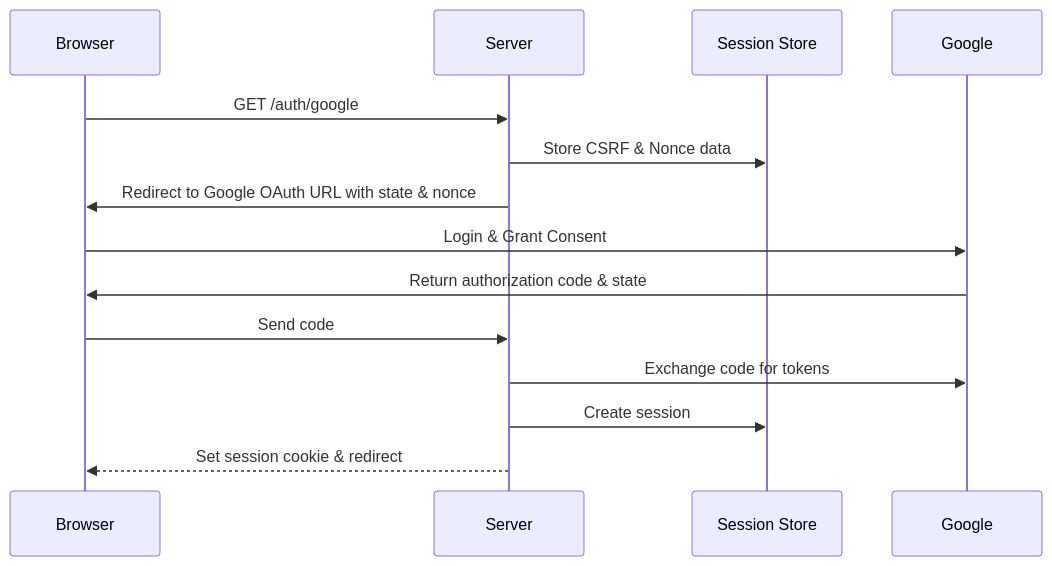
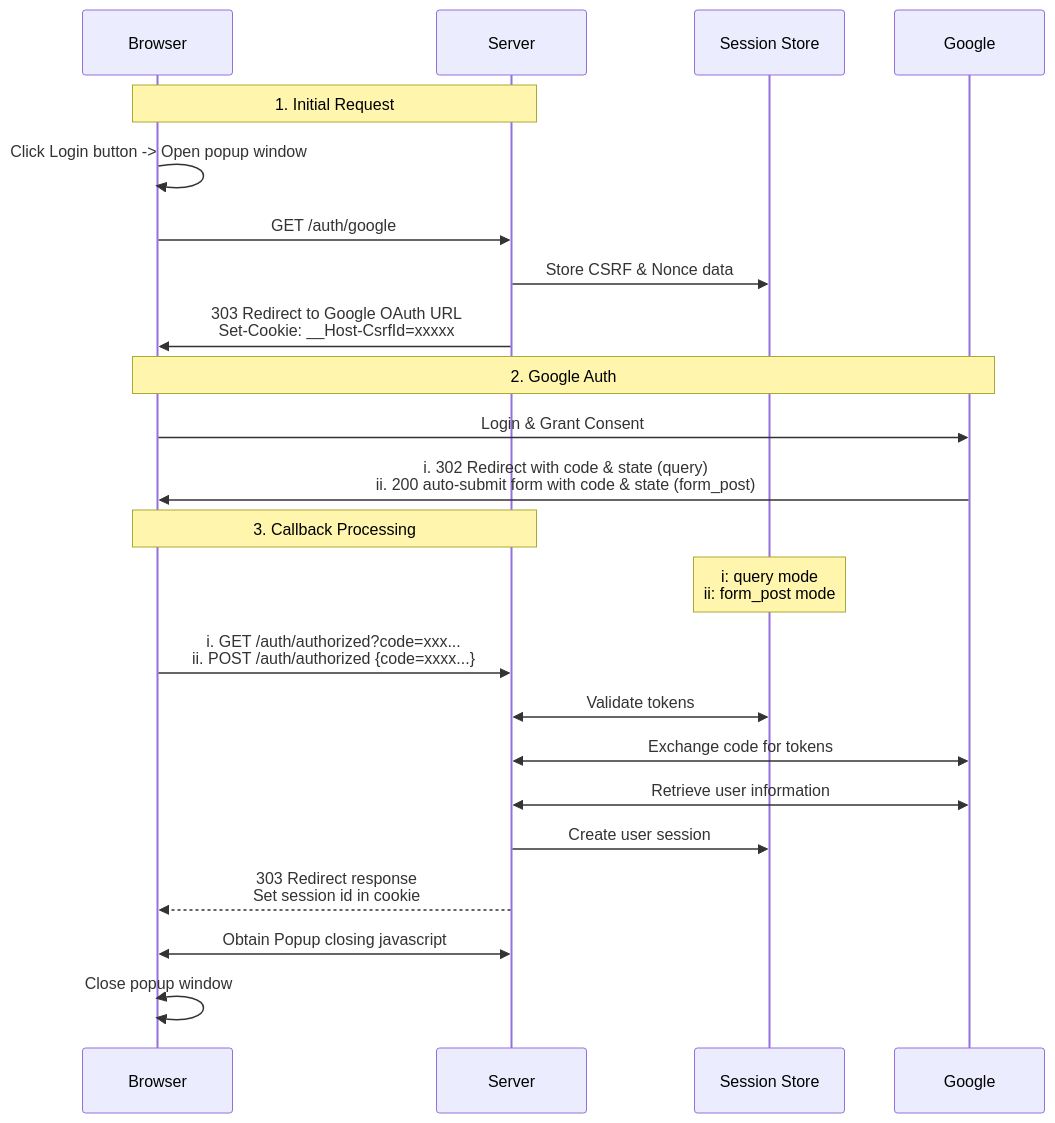
Before and after one commit to ktaka-ccmp/ktaka.blog.ccmp.jp: the second of 3 diagrams in 2024/Axum-Google-OAuth2-Login/Readme.en.md, drawn with Mermaid. The commit also changed other lines of this file, not shown here.

````diff
--- a/2024/Axum-Google-OAuth2-Login/Readme.en.md
+++ b/2024/Axum-Google-OAuth2-Login/Readme.en.md
@@ -80,17 +92,28 @@
 ```mermaid
 sequenceDiagram
     participant Browser
     participant Server
     participant Session Store
     participant Google
 
+    Note over Browser,Server: 1. Initial Request
+    Browser->>Browser: Click Login button -> Open popup window
     Browser->>Server: GET /auth/google
     Server->>Session Store: Store CSRF & Nonce data
-    Server->>Browser: Redirect to Google OAuth URL with state & nonce
+    Server->>Browser: 303 Redirect to Google OAuth URL<br/>Set-Cookie: __Host-CsrfId=xxxxx
+
+    Note over Browser,Google: 2. Google Auth
     Browser->>Google: Login & Grant Consent
-    Google->>Browser: Return authorization code & state
-    Browser->>Server: Send code
-    Server->>Google: Exchange code for tokens
-    Server->>Session Store: Create session
-    Server-->>Browser: Set session cookie & redirect
+    Google->>Browser: i. 302 Redirect with code & state (query)<br/> ii. 200 auto-submit form with code & state (form_post)
+
+    Note over Browser,Server: 3. Callback Processing
+    Note over Session Store: i: query mode<br/>ii: form_post mode
+    Browser->>Server: i. GET /auth/authorized?code=xxx...<br/>ii. POST /auth/authorized {code=xxxx...}
+    Server<<->>Session Store: Validate tokens
+    Server<<->>Google: Exchange code for tokens
+    Server<<->>Google: Retrieve user information
+    Server->>Session Store: Create user session
+    Server-->>Browser: 303 Redirect response<br/>Set session id in cookie
+    Server<<->>Browser: Obtain Popup closing javascript
+    Browser<<->>Browser: Close popup window
 ```
````
